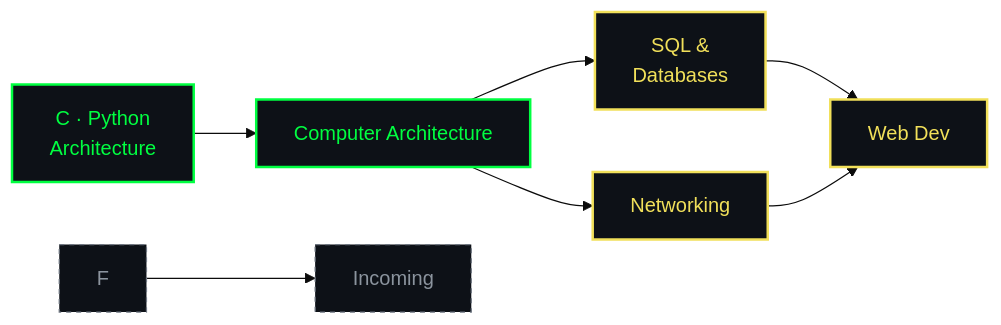
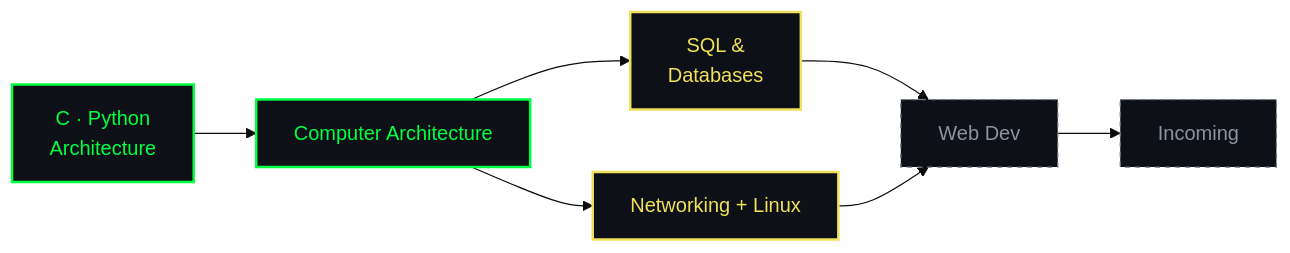
Before and after one commit to Y0kina/Y0kina: the diagram in README.md, drawn with Mermaid (base theme).

````diff
--- a/README.md
+++ b/README.md
@@ -106,17 +106,16 @@
 ```mermaid
 flowchart LR
   A["C · Python<br/>Architecture"] --> B["Computer Architecture"]
   B --> C["SQL &<br/>Databases"]
-  B --> D[" Networking"]
-  C --> E["Linux"]
-  D --> E["Web Dev"]
-  F --> G["Incoming"]
+  B --> D[" Networking + Linux"]
+  C --> E["Web Dev"]
+  D --> E
+  E --> F["Incoming"]
 
   classDef done fill:#0D1117,stroke:#00FF41,color:#00FF41,stroke-width:2px;
   classDef wip fill:#0D1117,stroke:#F1E05A,color:#F1E05A,stroke-width:2px;
   classDef next fill:#0D1117,stroke:#6E7681,color:#8B949E,stroke-dasharray:4 4;
   class A,B done;
   class C,D wip;
-  class D,E wip;
-  class F,G next;
+  class E,F next;
 ```
````
